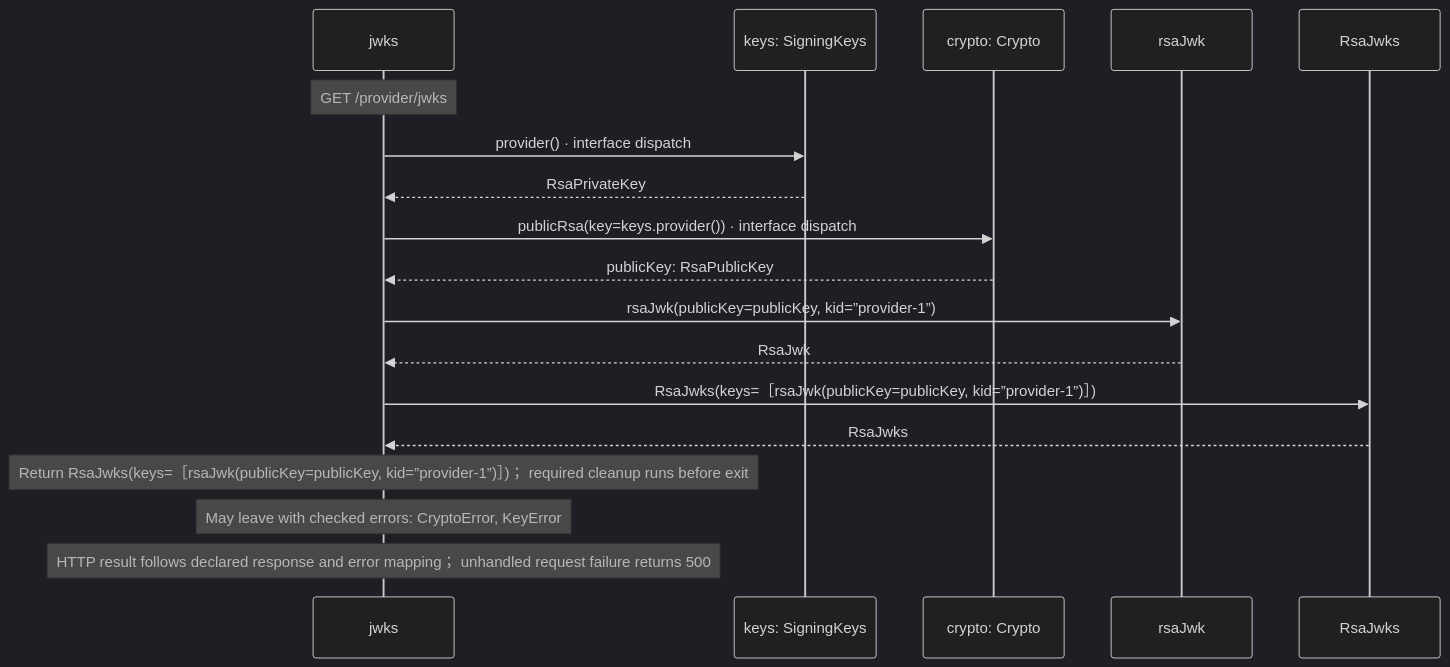
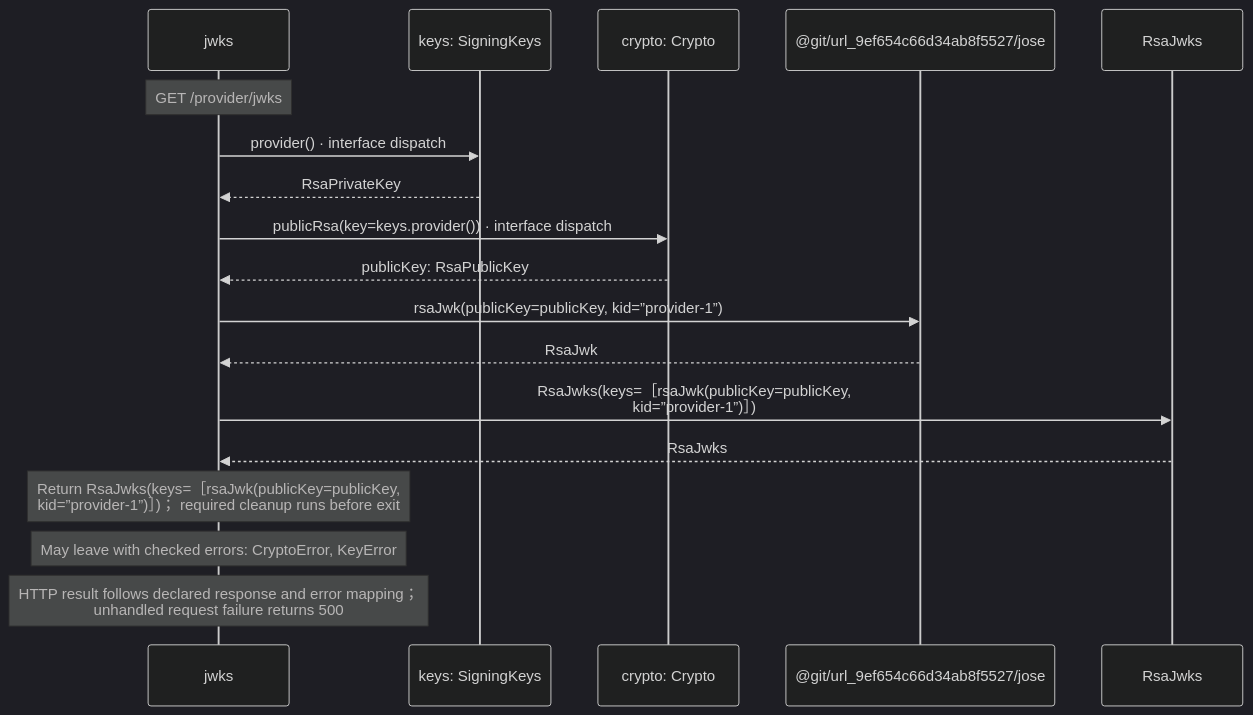
One commit to GreenPandaStudios/augscript changed the fourth of 4 diagrams in docs/examples/oidc-login/provider/discovery-diagrams.md. Above: the diagram before and after it, drawn with Mermaid (dark theme). The commit also changed other lines of this file and 200 other files, not shown here.

Commit message:
Group imported operations and wrap readable sequence messages

````diff
--- a/docs/examples/oidc-login/provider/discovery-diagrams.md
+++ b/docs/examples/oidc-login/provider/discovery-diagrams.md
@@ -93,20 +93,20 @@
 ```mermaid
 sequenceDiagram
     participant p0 as jwks
     participant p1 as keys: SigningKeys
     participant p2 as crypto: Crypto
-    participant p3 as rsaJwk
+    participant p3 as @git/url_9ef654c66d34ab8f5527/jose
     participant p4 as RsaJwks
     Note over p0: GET /provider/jwks
     p0->>p1: provider() · interface dispatch
     p1-->>p0: RsaPrivateKey
     p0->>p2: publicRsa(key=keys.provider()) · interface dispatch
     p2-->>p0: publicKey: RsaPublicKey
     p0->>p3: rsaJwk(publicKey=publicKey, kid=”provider-1”)
     p3-->>p0: RsaJwk
-    p0->>p4: RsaJwks(keys=［rsaJwk(publicKey=publicKey, kid=”provider-1”)］)
+    p0->>p4: RsaJwks(keys=［rsaJwk(publicKey=publicKey,<br/>kid=”provider-1”)］)
     p4-->>p0: RsaJwks
-    Note over p0: Return RsaJwks(keys=［rsaJwk(publicKey=publicKey, kid=”provider-1”)］)； required cleanup runs before exit
+    Note over p0: Return RsaJwks(keys=［rsaJwk(publicKey=publicKey,<br/>kid=”provider-1”)］)； required cleanup runs before exit
     Note over p0: May leave with checked errors: CryptoError, KeyError
-    Note over p0: HTTP result follows declared response and error mapping； unhandled request failure returns 500
+    Note over p0: HTTP result follows declared response and error mapping；<br/>unhandled request failure returns 500
 ```
````
